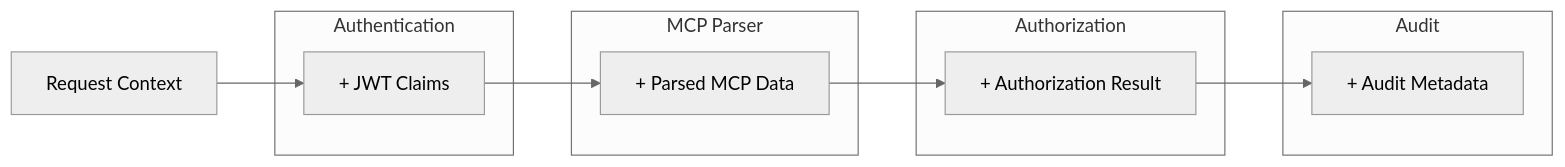
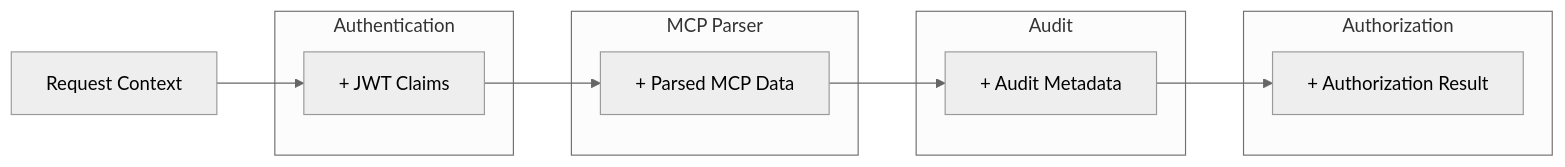
One commit to stacklok/toolhive changed the third of 4 diagrams in docs/middleware.md. Above: the diagram before and after it, drawn with Mermaid (neutral theme). The commit also changed other lines of this file and 7 other files, not shown here.

First line of the commit message:
Audit authorization denials on the proxy runner path

````diff
--- a/docs/middleware.md
+++ b/docs/middleware.md
@@ -617,23 +619,23 @@
 ```mermaid
 graph LR
     A[Request Context] --> B[+ JWT Claims]
     B --> C[+ Parsed MCP Data]
-    C --> D[+ Authorization Result]
-    D --> E[+ Audit Metadata]
+    C --> E[+ Audit Metadata]
+    E --> D[+ Authorization Result]
     
     subgraph "Authentication"
         B
     end
     
     subgraph "MCP Parser"
         C
     end
     
+    subgraph "Audit"
+        E
+    end
+    
     subgraph "Authorization"
         D
     end
-    
-    subgraph "Audit"
-        E
-    end
 ```
````
